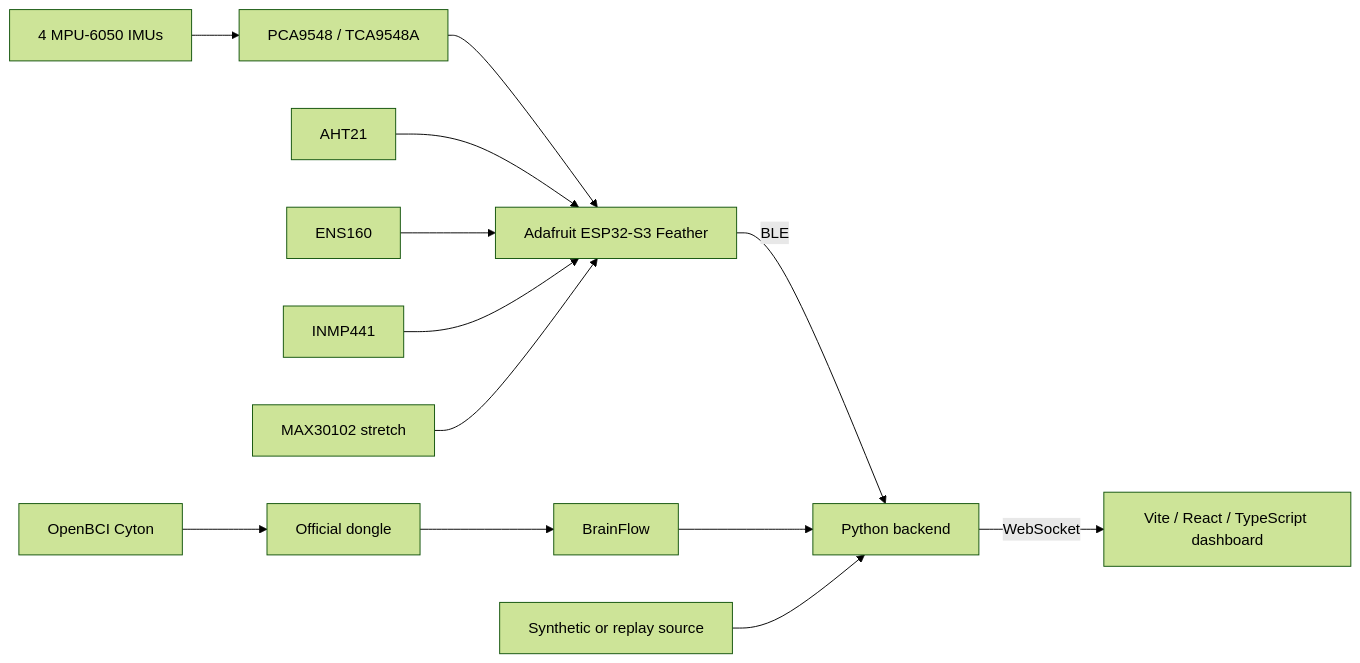
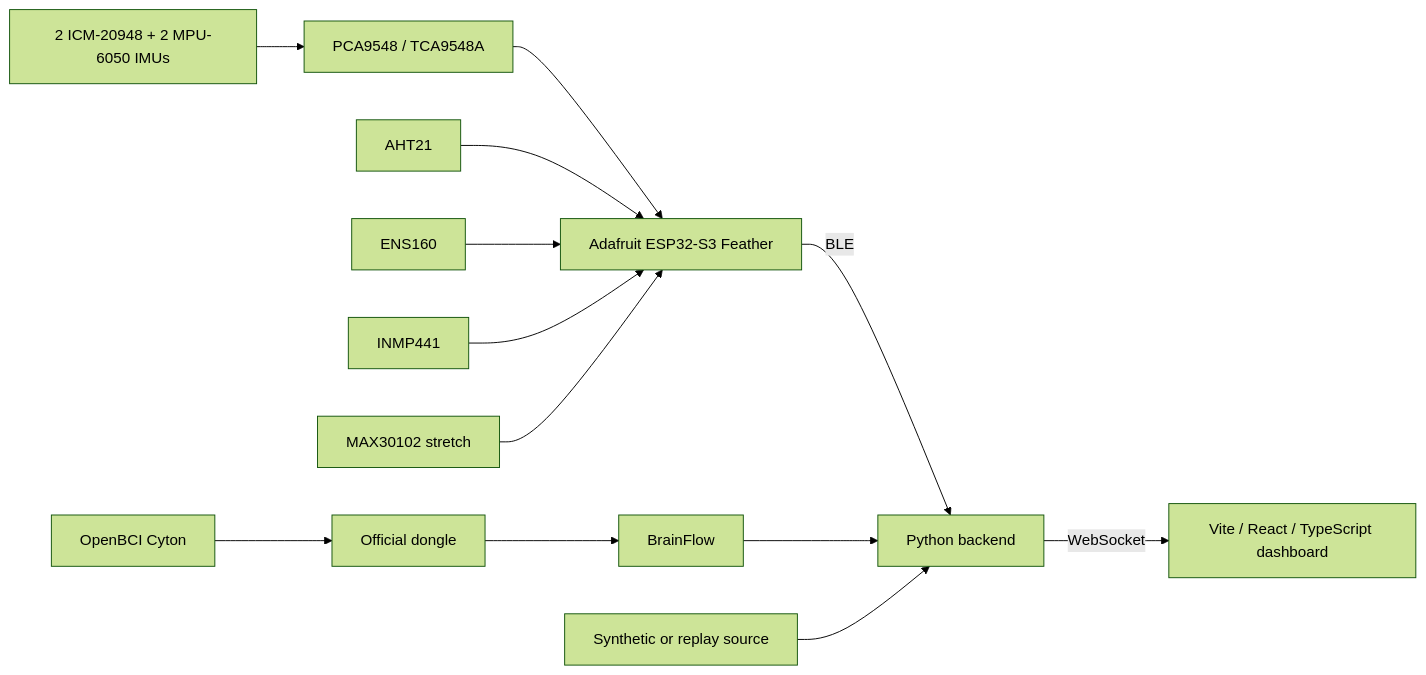
The diagram in docs/ARCHITECTURE.md (VincentNgo12/ThunderClock2026), drawn with Mermaid (forest theme) before and after one commit. The commit also changed other lines of this file and 6 other files, not shown here.

````diff
--- a/docs/ARCHITECTURE.md
+++ b/docs/ARCHITECTURE.md
@@ -23,15 +23,15 @@
 ```mermaid
 flowchart LR
-  MPU[4 MPU-6050 IMUs] --> MUX[PCA9548 / TCA9548A]
+  IMU[2 ICM-20948 + 2 MPU-6050 IMUs] --> MUX[PCA9548 / TCA9548A]
   MUX --> ESP[Adafruit ESP32-S3 Feather]
   AHT[AHT21] --> ESP
   ENS[ENS160] --> ESP
   MIC[INMP441] --> ESP
   HR[MAX30102 stretch] --> ESP
   ESP -->|BLE| API[Python backend]
   CYTON[OpenBCI Cyton] --> DONGLE[Official dongle]
   DONGLE --> BF[BrainFlow]
   BF --> API
   SIM[Synthetic or replay source] --> API
   API -->|WebSocket| UI[Vite / React / TypeScript dashboard]
 ```
````
